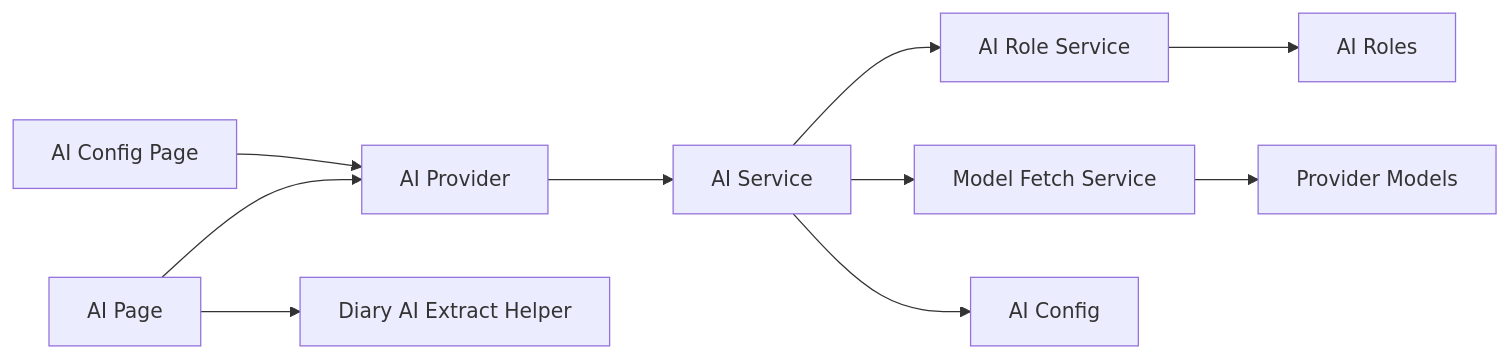
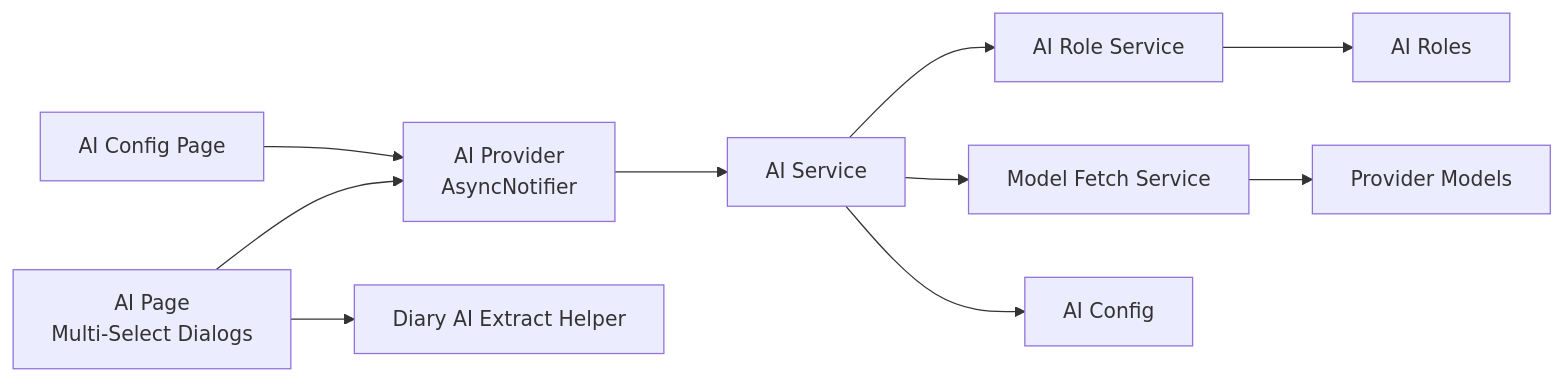
The fifth of 5 diagrams in .qoder/repowiki/en/content/Core Features/AI Integration.md (favoroo/QNote), drawn with Mermaid before and after one commit. The commit also changed other lines of this file and 65 other files, not shown here.

First line of the commit message:
docs: 新增项目文档与配置文件，修复AI提取与热力图问题

````diff
--- a/.qoder/repowiki/en/content/Core Features/AI Integration.md
+++ b/.qoder/repowiki/en/content/Core Features/AI Integration.md
@@ -328,12 +405,12 @@
 ```mermaid
 graph LR
-AIPage["AI Page"] --> AIProvider["AI Provider"]
+AIPage["AI Page<br/>Multi-Select Dialogs"] --> AIProvider["AI Provider<br/>AsyncNotifier"]
 AIConfigPage["AI Config Page"] --> AIProvider
 AIProvider --> AIService["AI Service"]
 AIService --> AIRoleService["AI Role Service"]
 AIService --> ModelFetchService["Model Fetch Service"]
 AIService --> AIConfig["AI Config"]
 AIRoleService --> AIRoles["AI Roles"]
 ModelFetchService --> Providers["Provider Models"]
 AIPage --> DiaryHelper["Diary AI Extract Helper"]
 ```
````
